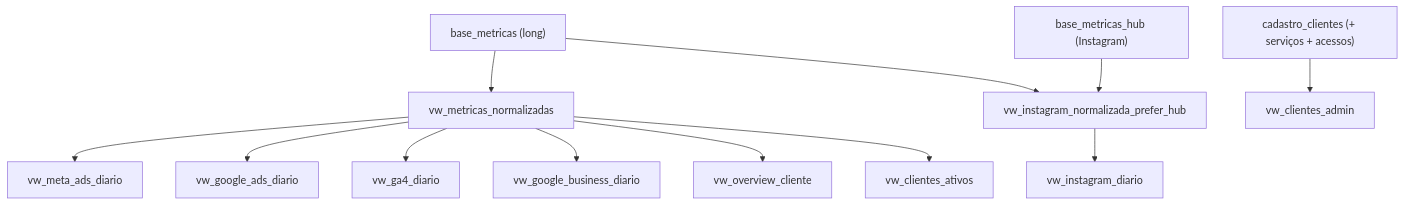
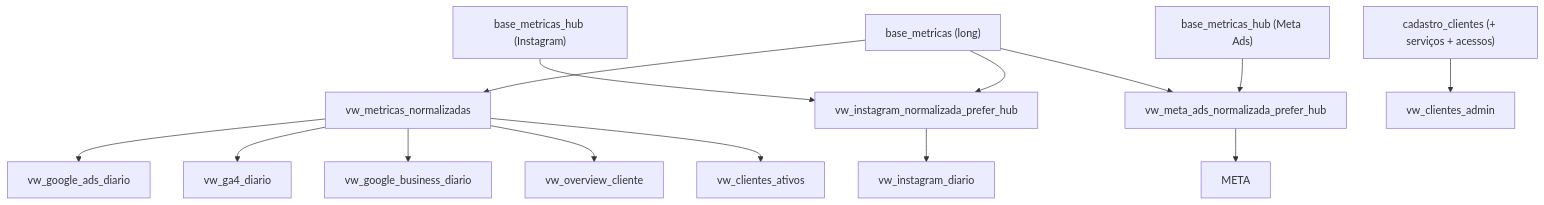
The diagram in docs/04-database/views.md (Lots-BI/supabase-magic-portal), drawn with Mermaid before and after one commit. The commit also changed other lines of this file and 523 other files, not shown here.

First line of the commit message:
feat: Meta Ads Resultados, novidades e aviso aos clientes

````diff
--- a/docs/04-database/views.md
+++ b/docs/04-database/views.md
@@ -23,14 +23,16 @@
 ```mermaid
 flowchart TD
     BM["base_metricas (long)"] --> N["vw_metricas_normalizadas"]
-    N --> META["vw_meta_ads_diario"]
     N --> GADS["vw_google_ads_diario"]
     N --> GA4["vw_ga4_diario"]
     N --> GBP["vw_google_business_diario"]
     N --> OV["vw_overview_cliente"]
     N --> AT["vw_clientes_ativos"]
     HUBIG["base_metricas_hub (Instagram)"] --> PH["vw_instagram_normalizada_prefer_hub"]
     BM --> PH
     PH --> IG["vw_instagram_diario"]
+    HUBMETA["base_metricas_hub (Meta Ads)"] --> PHM["vw_meta_ads_normalizada_prefer_hub"]
+    BM --> PHM
+    PHM --> META
     CAD["cadastro_clientes (+ serviços + acessos)"] --> ADM["vw_clientes_admin"]
 ```
````
